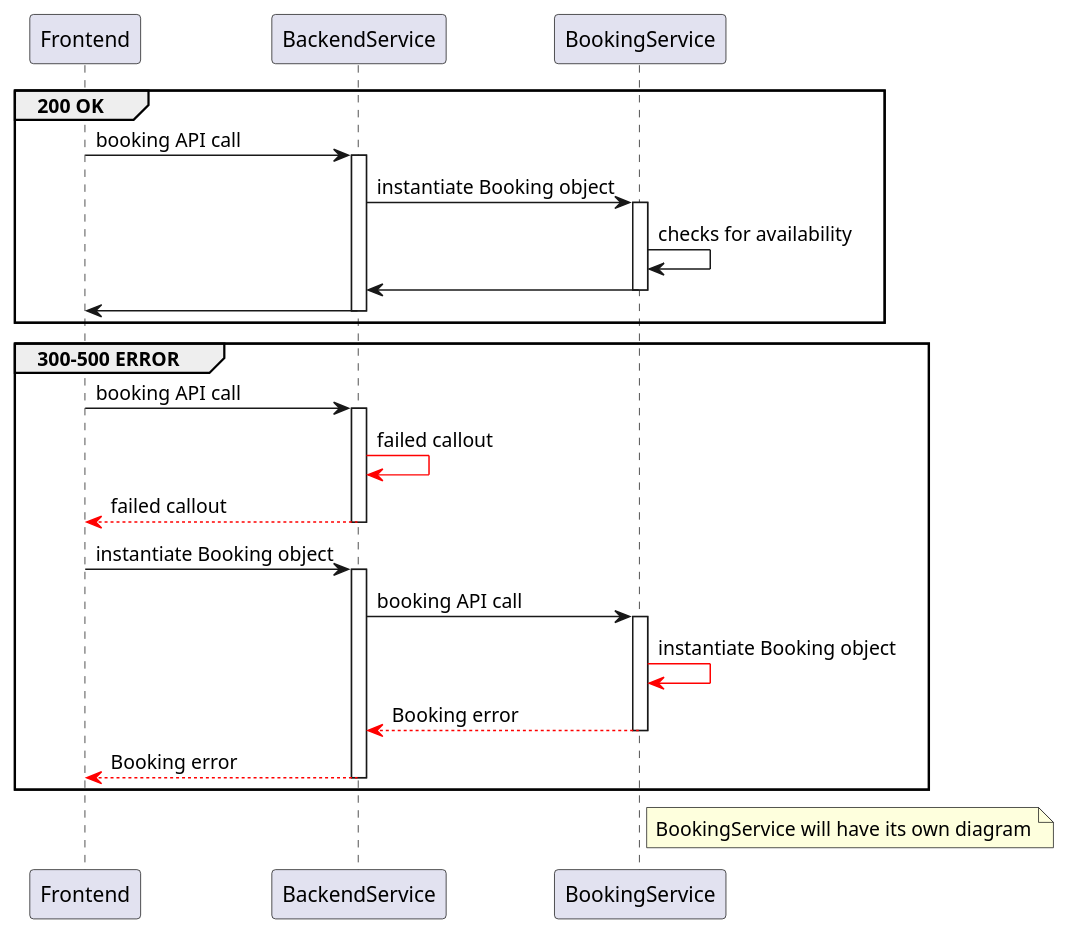
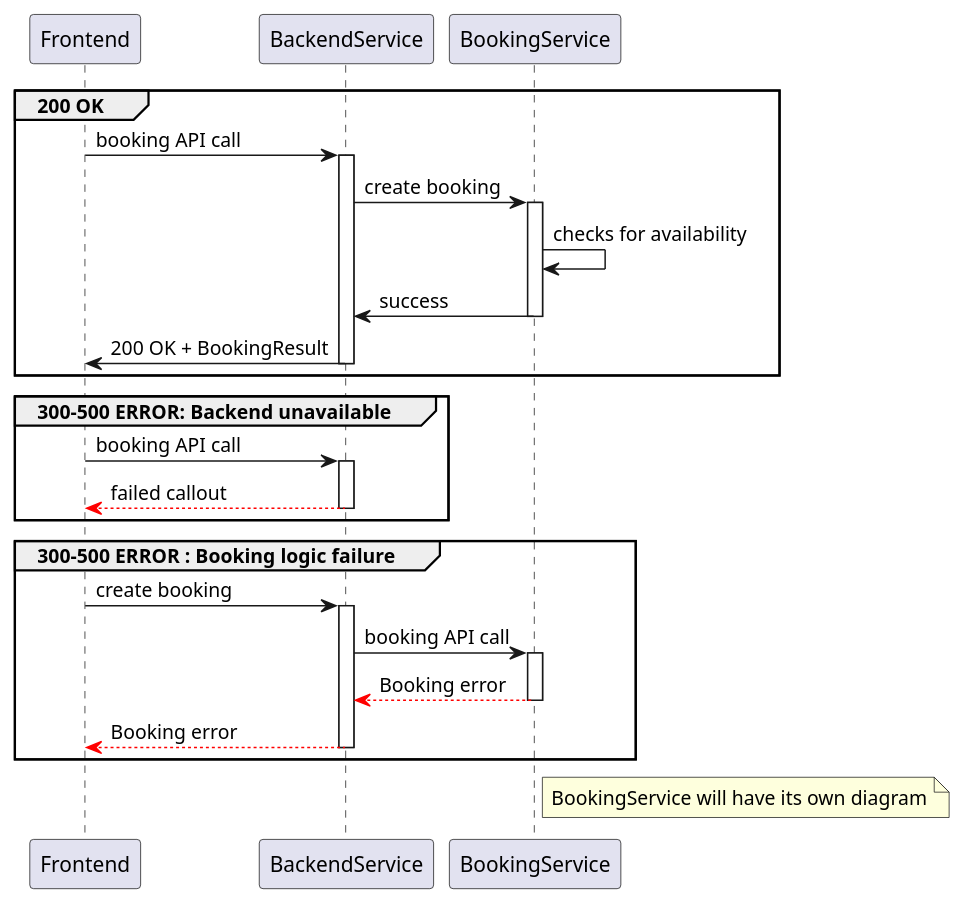
Before and after one commit to ICEI-PUC-Minas-PMV-SI/pmv-si-2025-2-pe6-t3-g3-t3-2025-2: the diagram in docs/diagram/sequence/backend_diagram.puml, drawn with PlantUML. The commit also changed 2 other files, not shown here.

Commit message:
updated diagrams to hotel booking theme

```diff
--- a/docs/diagram/sequence/backend_diagram.puml
+++ b/docs/diagram/sequence/backend_diagram.puml
@@ -1,37 +1,37 @@
 @startuml
   participant Frontend
 
   group 200 OK
     Frontend -> BackendService: booking API call
       activate BackendService
-    BackendService -> BookingService : instantiate Booking object
+    BackendService -> BookingService : create booking
       activate BookingService
     BookingService -> BookingService : checks for availability
-    BackendService <- BookingService
+    BackendService <- BookingService : success
       deactivate BookingService
-    Frontend <- BackendService
+    Frontend <- BackendService : 200 OK + BookingResult
       deactivate BackendService
   end
-
-  group 300-500 ERROR
+  
+  group 300-500 ERROR: Backend unavailable
     Frontend -> BackendService: booking API call
       activate BackendService
-    BackendService -[#red]> BackendService : failed callout
     BackendService --[#red]> Frontend : failed callout
       deactivate BackendService
-    
-    Frontend -> BackendService : instantiate Booking object
+  end
+  
+  group 300-500 ERROR : Booking logic failure
+    Frontend -> BackendService : create booking
       activate BackendService
     BackendService -> BookingService : booking API call
       activate BookingService
-    BookingService -[#red]> BookingService : instantiate Booking object
     BookingService --[#red]> BackendService : Booking error
       deactivate BookingService
     BackendService --[#red]> Frontend : Booking error
       deactivate BackendService
   end
 
   note right of BookingService
     BookingService will have its own diagram
   end note
 @enduml
```
